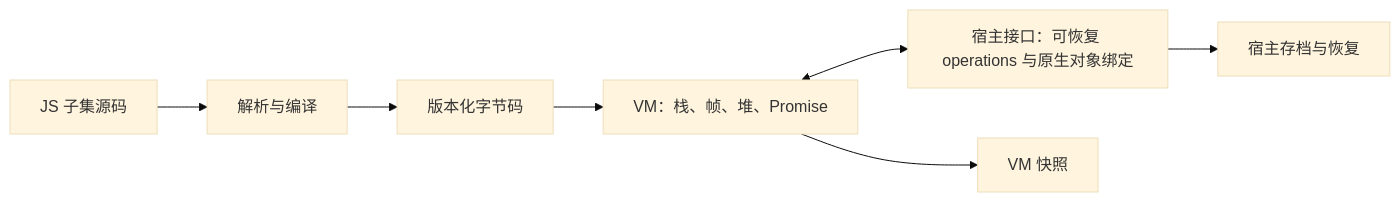
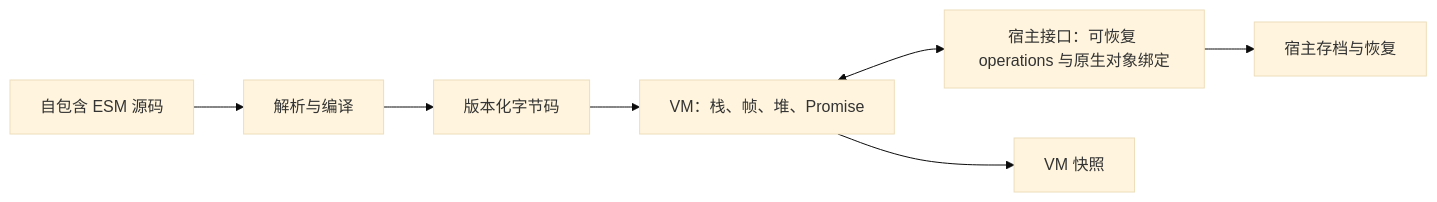
The diagram in docs/design.md (codehz/yield-js), drawn with Mermaid (base theme) before and after one commit. The commit also changed other lines of this file, not shown here.

Commit message:
docs: define strict ESM input and explicit script exports

````diff
--- a/docs/design.md
+++ b/docs/design.md
@@ -70,9 +70,9 @@
 ```mermaid
 flowchart LR
-    A[JS 子集源码] --> B[解析与编译]
+    A[自包含 ESM 源码] --> B[解析与编译]
     B --> C[版本化字节码]
     C --> D[VM：栈、帧、堆、Promise]
     D <--> E[宿主接口：可恢复 operations 与原生对象绑定]
     D --> F[VM 快照]
     E --> G[宿主存档与恢复]
 ```
````
